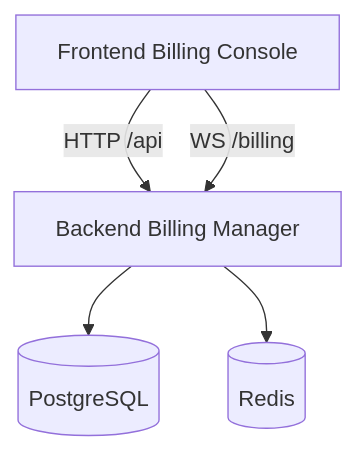
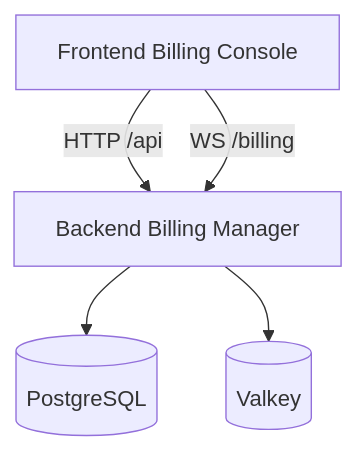
The diagram in docs/decabill/applications/README.md (forepath/one), drawn with Mermaid before and after one commit. The commit also changed 92 other files, not shown here.

````diff
--- a/docs/decabill/applications/README.md
+++ b/docs/decabill/applications/README.md
@@ -62,12 +62,12 @@
 ```mermaid
 graph TB
     FE[Frontend Billing Console]
     BM[Backend Billing Manager]
     PG[(PostgreSQL)]
-    RD[(Redis)]
+    RD[(Valkey)]
 
     FE -->|HTTP /api| BM
     FE -->|WS /billing| BM
     BM --> PG
     BM --> RD
 ```
````
